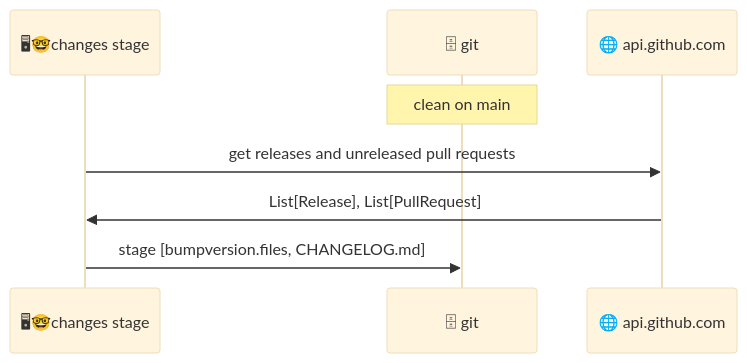
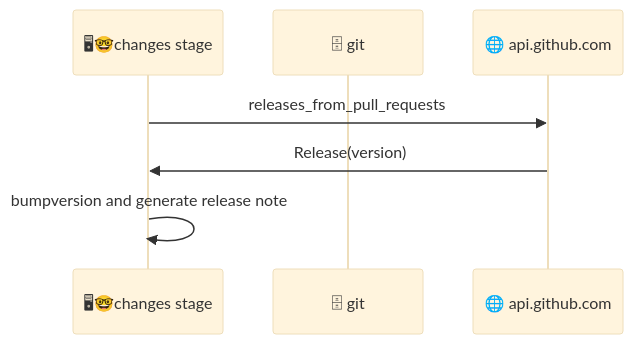
The first of 2 diagrams in docs/design.md (michaeljoseph/changes), drawn with Mermaid (base theme) before and after one commit. The commit also changed other lines of this file, not shown here.

````diff
--- a/docs/design.md
+++ b/docs/design.md
@@ -7,12 +7,11 @@
 ```mermaid
 sequenceDiagram
     participant stage as 🖥🤓changes stage
     participant git as 🗄 git
     participant gh as 🌐 api.github.com
 
-    Note over git: clean on main
+    stage->>gh: releases_from_pull_requests
+    gh->>stage: Release(version)
 
-    stage->>gh: get releases and unreleased pull requests
-    gh->>stage: List[Release], List[PullRequest]
-    stage->>git: stage [bumpversion.files, CHANGELOG.md]
+    stage->>stage: bumpversion and generate release note
 ```
````
